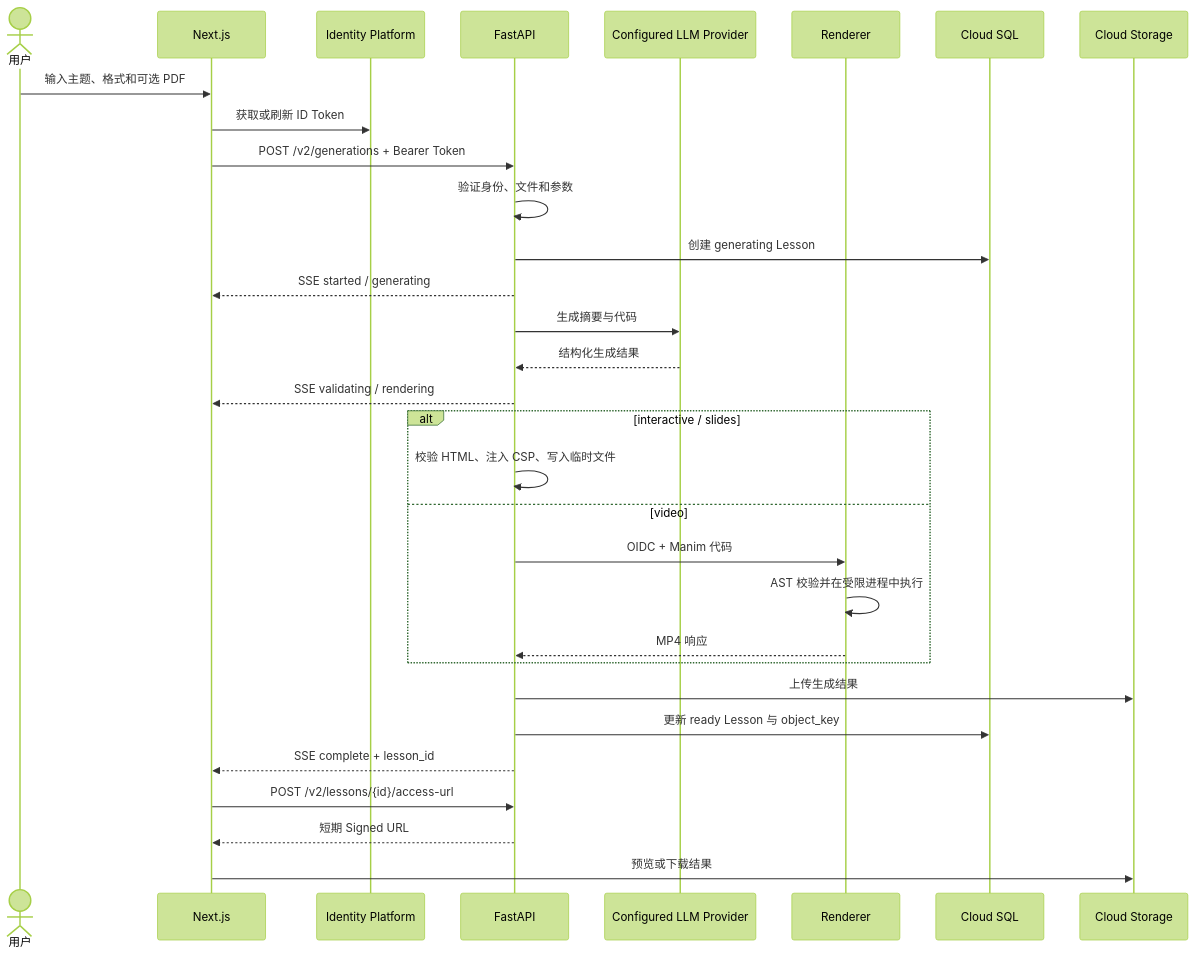
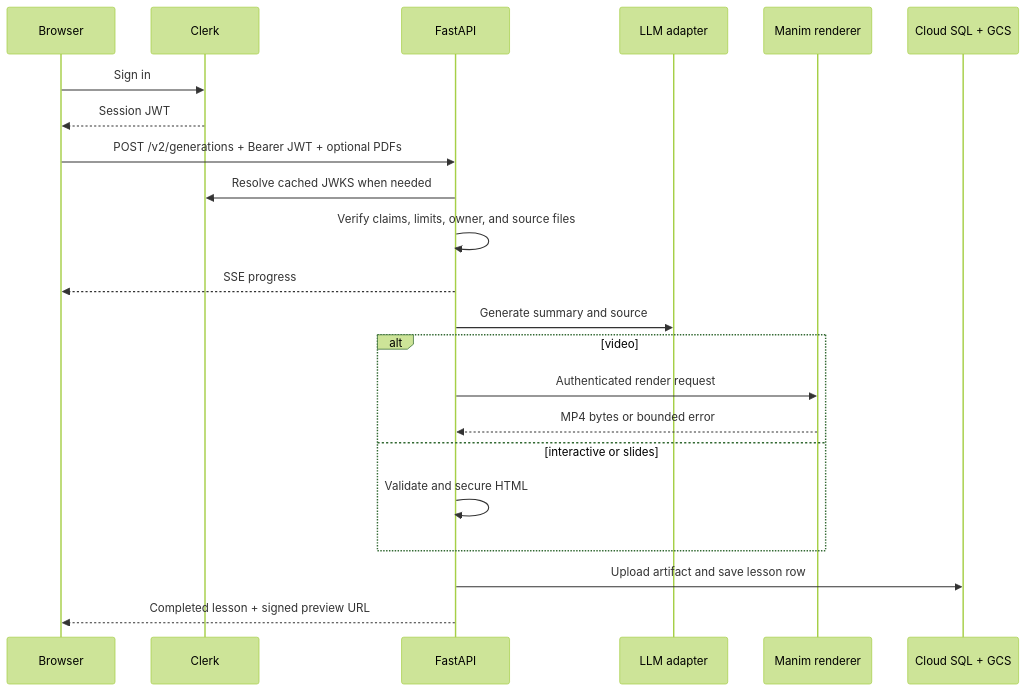
Before and after one commit to avarzhou-ctrl/Chalksmith.ai: the second of 2 diagrams in REFACTOR.md, drawn with Mermaid (forest theme). The commit also changed other lines of this file and 44 other files, not shown here.

First line of the commit message:
refactor(auth,llm): migrate to Clerk auth and Vertex AI

````diff
--- a/REFACTOR.md
+++ b/REFACTOR.md
@@ -256,34 +107,25 @@
 ```mermaid
 sequenceDiagram
-    actor User as 用户
-    participant Web as Next.js
-    participant Auth as Identity Platform
+    participant User as Browser
+    participant Auth as Clerk
     participant API as FastAPI
-    participant AI as Configured LLM Provider
-    participant Render as Renderer
-    participant DB as Cloud SQL
-    participant GCS as Cloud Storage
+    participant LLM as LLM adapter
+    participant Runner as Manim renderer
+    participant Store as Cloud SQL + GCS
 
-    User->>Web: 输入主题、格式和可选 PDF
-    Web->>Auth: 获取或刷新 ID Token
-    Web->>API: POST /v2/generations + Bearer Token
-    API->>API: 验证身份、文件和参数
-    API->>DB: 创建 generating Lesson
-    API-->>Web: SSE started / generating
-    API->>AI: 生成摘要与代码
-    AI-->>API: 结构化生成结果
-    API-->>Web: SSE validating / rendering
-    alt interactive / slides
-        API->>API: 校验 HTML、注入 CSP、写入临时文件
-    else video
-        API->>Render: OIDC + Manim 代码
-        Render->>Render: AST 校验并在受限进程中执行
-        Render-->>API: MP4 响应
+    User->>Auth: Sign in
+    Auth-->>User: Session JWT
+    User->>API: POST /v2/generations + Bearer JWT + optional PDFs
+    API->>Auth: Resolve cached JWKS when needed
+    API->>API: Verify claims, limits, owner, and source files
+    API-->>User: SSE progress
+    API->>LLM: Generate summary and source
+    alt video
+        API->>Runner: Authenticated render request
+        Runner-->>API: MP4 bytes or bounded error
+    else interactive or slides
+        API->>API: Validate and secure HTML
     end
-    API->>GCS: 上传生成结果
-    API->>DB: 更新 ready Lesson 与 object_key
-    API-->>Web: SSE complete + lesson_id
-    Web->>API: POST /v2/lessons/{id}/access-url
-    API-->>Web: 短期 Signed URL
-    Web->>GCS: 预览或下载结果
+    API->>Store: Upload artifact and save lesson row
+    API-->>User: Completed lesson + signed preview URL
 ```
````
